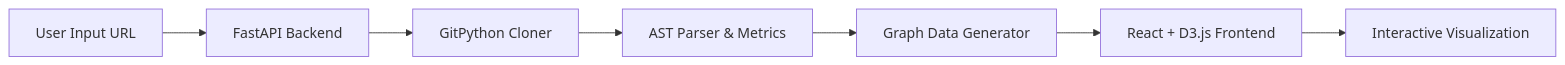
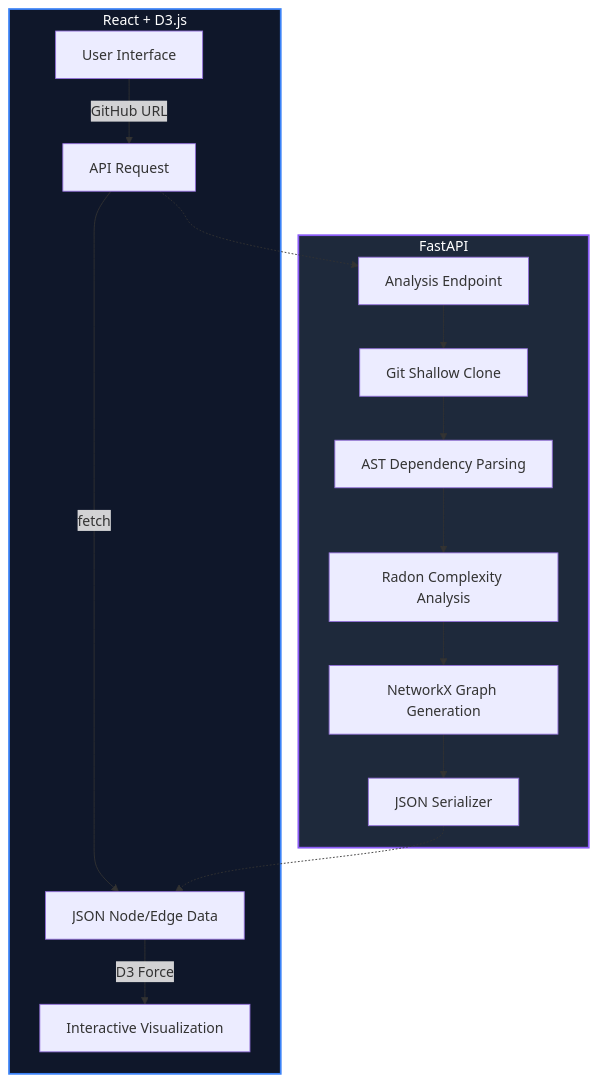
One commit to bluekap/CodeGraph changed the diagram in README.md. Above: the diagram before and after it, drawn with Mermaid. The commit also changed other lines of this file and 1 other file, not shown here.

Commit message:
updating Readme and UI fixes

````diff
--- a/README.md
+++ b/README.md
@@ -76,9 +76,21 @@
 ```mermaid
-graph LR
-    A[User Input URL] --> B[FastAPI Backend]
-    B --> C[GitPython Cloner]
-    C --> D[AST Parser & Metrics]
-    D --> E[Graph Data Generator]
-    E --> F[React + D3.js Frontend]
-    F --> G[Interactive Visualization]
+graph TD
+    subgraph Frontend [React + D3.js]
+        UI[User Interface] -->|GitHub URL| API_REQ[API Request]
+        API_REQ -->|fetch| DATA_RECV[JSON Node/Edge Data]
+        DATA_RECV -->|D3 Force| VIZ[Interactive Visualization]
+    end
+
+    subgraph Backend [FastAPI]
+        API_REQ -.-> ROUTE[Analysis Endpoint]
+        ROUTE --> CLONE[Git Shallow Clone]
+        CLONE --> PARSE[AST Dependency Parsing]
+        PARSE --> METRICS[Radon Complexity Analysis]
+        METRICS --> GRAPH[NetworkX Graph Generation]
+        GRAPH --> JSON[JSON Serializer]
+        JSON -.-> DATA_RECV
+    end
+
+    style Frontend fill:#0f172a,stroke:#3b82f6,stroke-width:2px,color:#fff
+    style Backend fill:#1e293b,stroke:#8b5cf6,stroke-width:2px,color:#fff
 ```
````
